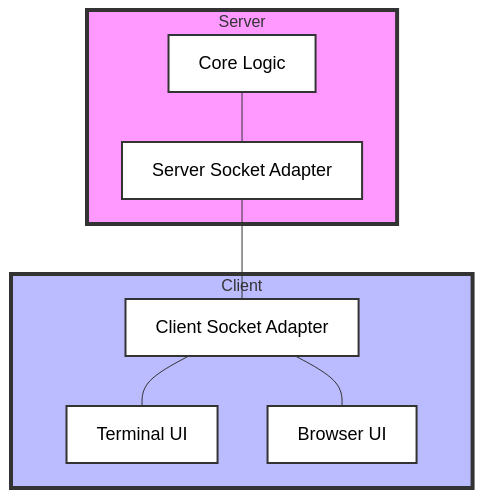
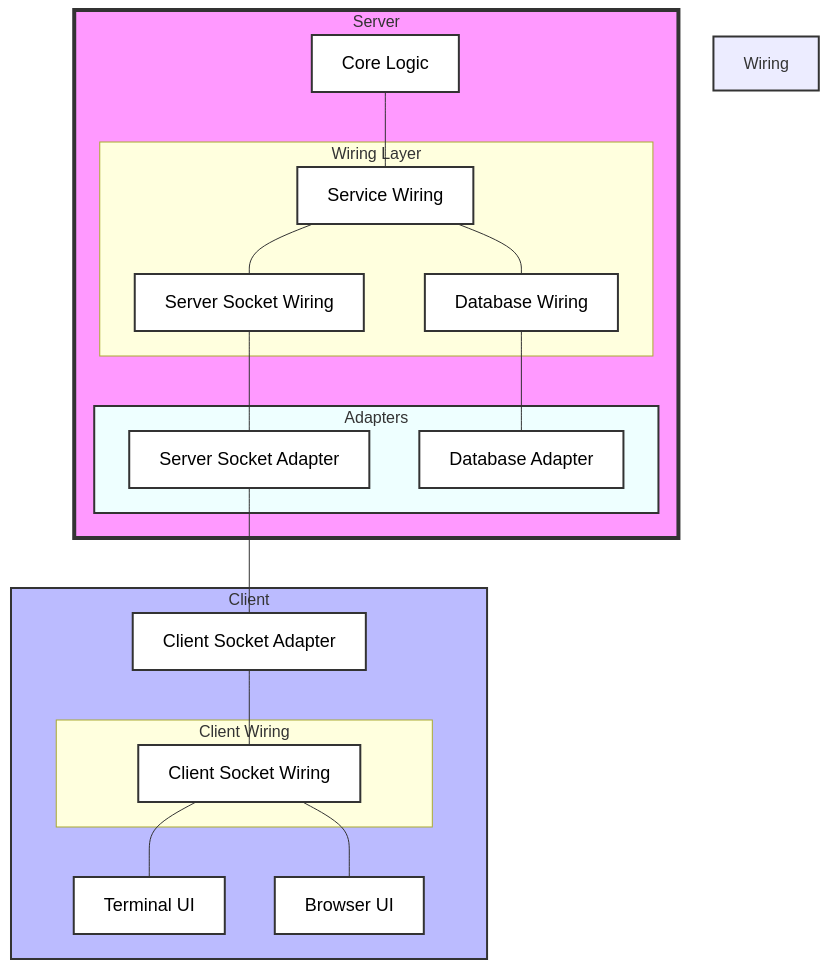
One commit to davidh38/doppelkopf_trainv2 changed the diagram in readme.org. Above: the diagram before and after it, drawn with Mermaid. The commit also changed other lines of this file, not shown here.

Commit message:
Update readme with wiring layer architecture and client/server running instructions

```diff
--- a/readme.org
+++ b/readme.org
@@ -42,20 +42,51 @@
 #+BEGIN_SRC mermaid
 graph TB
     subgraph Server
-        CoreLogic[Core Logic] --- ServerAdapter[Server Socket Adapter]
+        CoreLogic[Core Logic]
+        
+        subgraph Wiring Layer
+            ServiceWiring[Service Wiring]
+            ServerWiring[Server Socket Wiring]
+            DBWiring[Database Wiring]
+            
+            ServiceWiring --- ServerWiring
+            ServiceWiring --- DBWiring
+        end
+        
+        subgraph Adapters
+            ServerAdapter[Server Socket Adapter]
+            DBAdapter[Database Adapter]
+        end
+        
+        CoreLogic --- ServiceWiring
+        ServerWiring --- ServerAdapter
+        DBWiring --- DBAdapter
     end
     
     subgraph Client
+        subgraph Client Wiring
+            ClientWiring[Client Socket Wiring]
+        end
+        
         ServerAdapter --- ClientAdapter[Client Socket Adapter]
-        ClientAdapter --- TerminalUI[Terminal UI]
-        ClientAdapter --- BrowserUI[Browser UI]
+        ClientAdapter --- ClientWiring
+        ClientWiring --- TerminalUI[Terminal UI]
+        ClientWiring --- BrowserUI[Browser UI]
     end
 
     style Server fill:#f9f,stroke:#333,stroke-width:4px
     style Client fill:#bbf,stroke:#333,stroke-width:4px
+    style Wiring Layer fill:#ffd,stroke:#333,stroke-width:2px
+    style Client Wiring fill:#ffd,stroke:#333,stroke-width:2px
+    style Adapters fill:#eff,stroke:#333,stroke-width:2px
     style CoreLogic fill:#fff,stroke:#333,stroke-width:2px,font-size:18px,color:#000
+    style ServiceWiring fill:#fff,stroke:#333,stroke-width:2px,font-size:18px,color:#000
+    style ServerWiring fill:#fff,stroke:#333,stroke-width:2px,font-size:18px,color:#000
+    style DBWiring fill:#fff,stroke:#333,stroke-width:2px,font-size:18px,color:#000
     style ServerAdapter fill:#fff,stroke:#333,stroke-width:2px,font-size:18px,color:#000
     style ClientAdapter fill:#fff,stroke:#333,stroke-width:2px,font-size:18px,color:#000
+    style ClientWiring fill:#fff,stroke:#333,stroke-width:2px,font-size:18px,color:#000
     style TerminalUI fill:#fff,stroke:#333,stroke-width:2px,font-size:18px,color:#000
     style BrowserUI fill:#fff,stroke:#333,stroke-width:2px,font-size:18px,color:#000
+    style DBAdapter fill:#fff,stroke:#333,stroke-width:2px,font-size:18px,color:#000
 #+END_SRC
```
